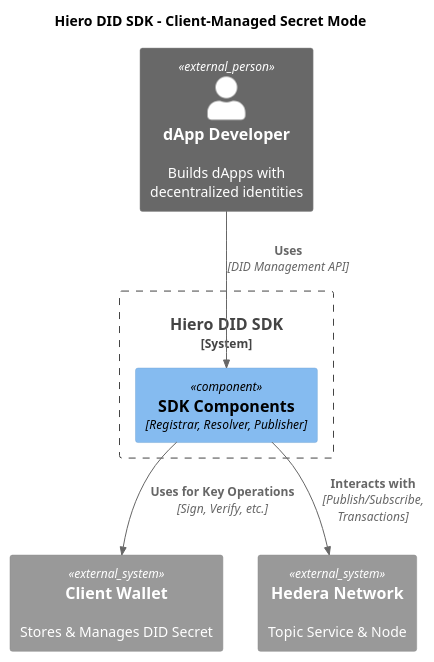
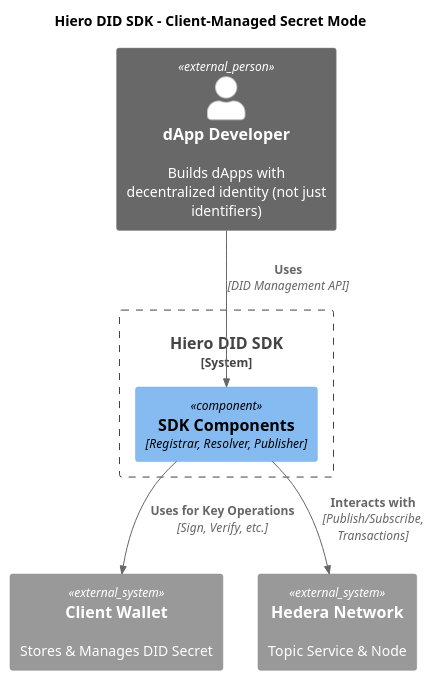
The diagram in docs/modules/ROOT/pages/02-design/diagrams/client-managed-secret-mode-diagram.puml (hiero-ledger/hiero-did-sdk-js), drawn with PlantUML before and after one commit. The commit also changed 35 other files, not shown here.

```diff
--- a/docs/modules/ROOT/pages/02-design/diagrams/client-managed-secret-mode-diagram.puml
+++ b/docs/modules/ROOT/pages/02-design/diagrams/client-managed-secret-mode-diagram.puml
@@ -1,19 +1,19 @@
 @startuml
 !include https://raw.githubusercontent.com/plantuml-stdlib/C4-PlantUML/master/C4_Component.puml
 
 title Hiero DID SDK - Client-Managed Secret Mode
 
-Person_Ext(developer, "dApp Developer", "Builds dApps with decentralized identities")
+Person_Ext(developer, "dApp Developer", "Builds dApps with decentralized identity (not just identifiers)")
 
 System_Boundary(c1, "Hiero DID SDK") {
-  Component(sdk, "SDK Components", "Registrar, Resolver, Publisher") 
+  Component(sdk, "SDK Components", "Registrar, Resolver, Publisher")
 }
 
 System_Ext(wallet, "Client Wallet", "Stores & Manages DID Secret")
 System_Ext(hedera, "Hedera Network", "Topic Service & Node")
 
 Rel(developer, sdk, "Uses", "DID Management API")
 Rel(sdk, wallet, "Uses for Key Operations", "Sign, Verify, etc.")
 Rel(sdk, hedera, "Interacts with", "Publish/Subscribe, Transactions")
 
 @enduml
```
